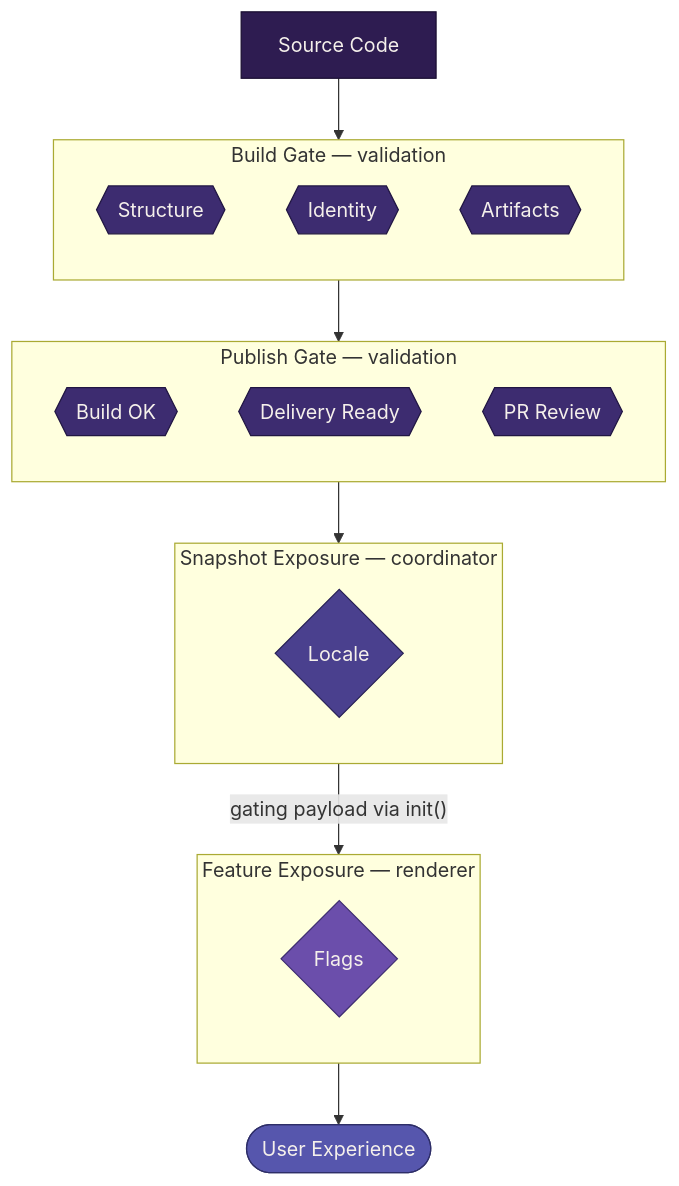
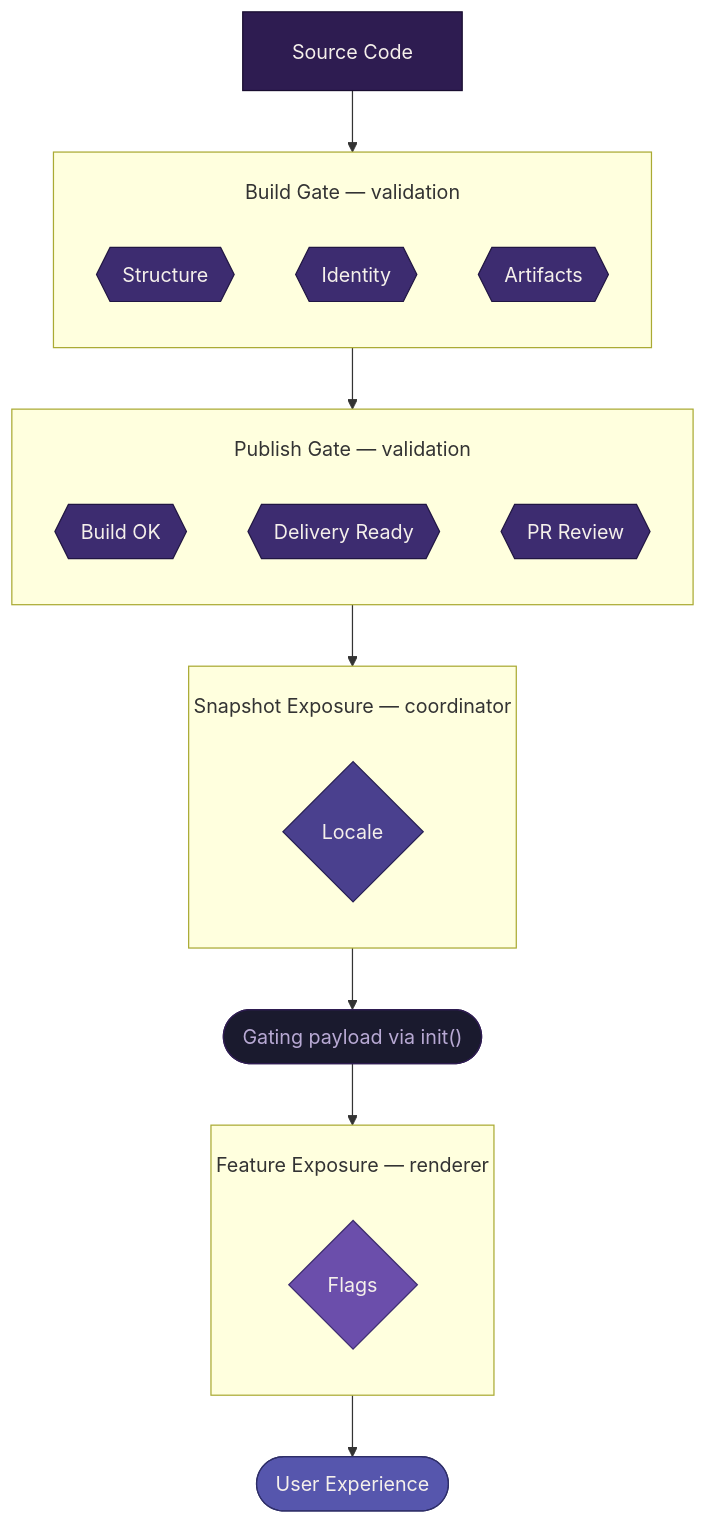
Before and after one commit to mozilla/home-new-tab: the diagram in docs/architecture/gating.md, drawn with Mermaid. The commit also changed other lines of this file and 1 other file, not shown here.

Commit message:
docs(gating): distinction in l10n gating regions

````diff
--- a/docs/architecture/gating.md
+++ b/docs/architecture/gating.md
@@ -190,46 +191,57 @@
 ```mermaid
+---
+config:
+  flowchart:
+    padding: 20
+    subGraphTitleMargin:
+      top: 20
+      bottom: 20
+---
 flowchart TD
     source@{label: "Source Code", shape: rect}
 
     subgraph build["Build Gate — validation"]
         direction TB
         b1@{label: "Structure", shape: hexagon}
         b2@{label: "Identity", shape: hexagon}
         b3@{label: "Artifacts", shape: hexagon}
     end
 
     subgraph publish["Publish Gate — validation"]
         direction TB
         p1@{label: "Build OK", shape: hexagon}
         p2@{label: "Delivery Ready", shape: hexagon}
         p3@{label: "PR Review", shape: hexagon}
     end
 
     subgraph snapshot_exp["Snapshot Exposure — coordinator"]
         direction TB
         e1@{label: "Locale", shape: diamond}
     end
 
     subgraph feature_exp["Feature Exposure — renderer"]
         direction TB
         f1@{label: "Flags", shape: diamond}
     end
 
+    payload@{label: "Gating payload via init()", shape: stadium}
     user@{label: "User Experience", shape: stadium}
 
     source --> build --> publish --> snapshot_exp
-    snapshot_exp -- "gating payload via init()" --> feature_exp --> user
+    snapshot_exp --> payload --> feature_exp --> user
 
     classDef deepest fill:#2e1c51,stroke:#190d30,color:#f5f0eb
     classDef deep fill:#3d2c70,stroke:#211643,color:#f5f0eb
     classDef mid fill:#4a408e,stroke:#282155,color:#f5f0eb
     classDef light fill:#5656ad,stroke:#2e2e68,color:#f5f0eb
     classDef accent fill:#6b4eab,stroke:#3d2c70,color:#f5f0eb
+    classDef label fill:#1a1a2e,stroke:#2e1c51,color:#b8a9d4
 
     class source deepest
     class b1,b2,b3 deep
     class p1,p2,p3 deep
     class e1 mid
     class f1 accent
     class user light
+    class payload label
 ```
````
